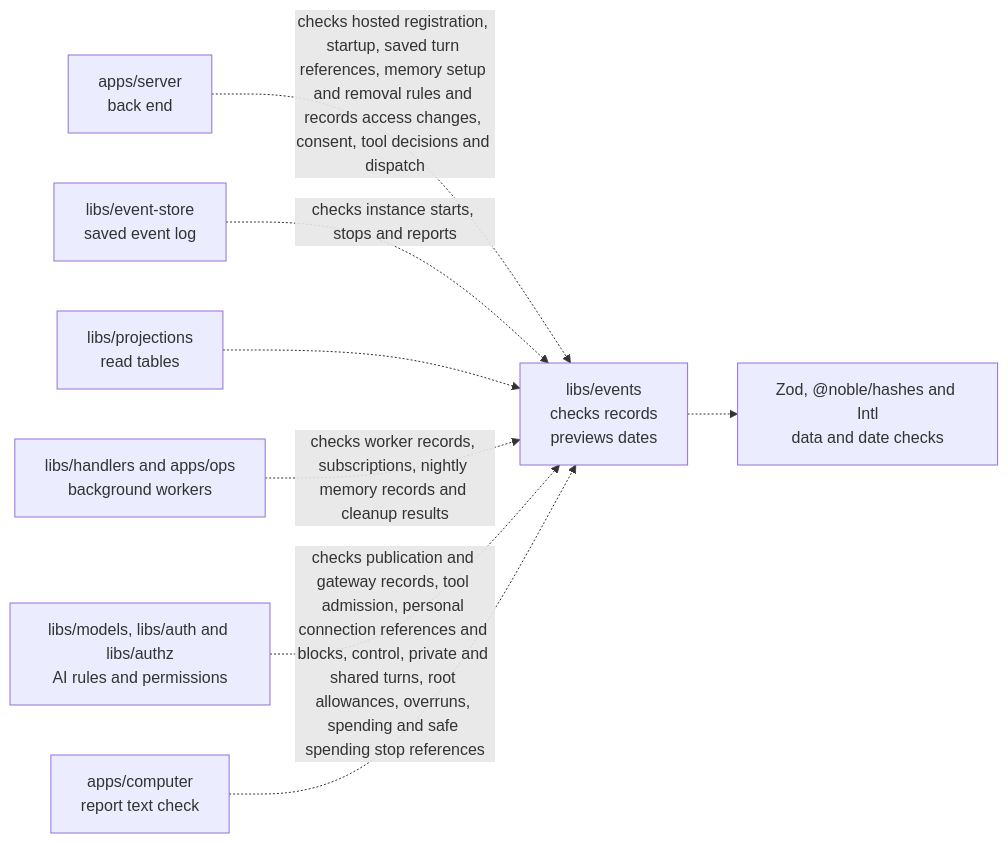
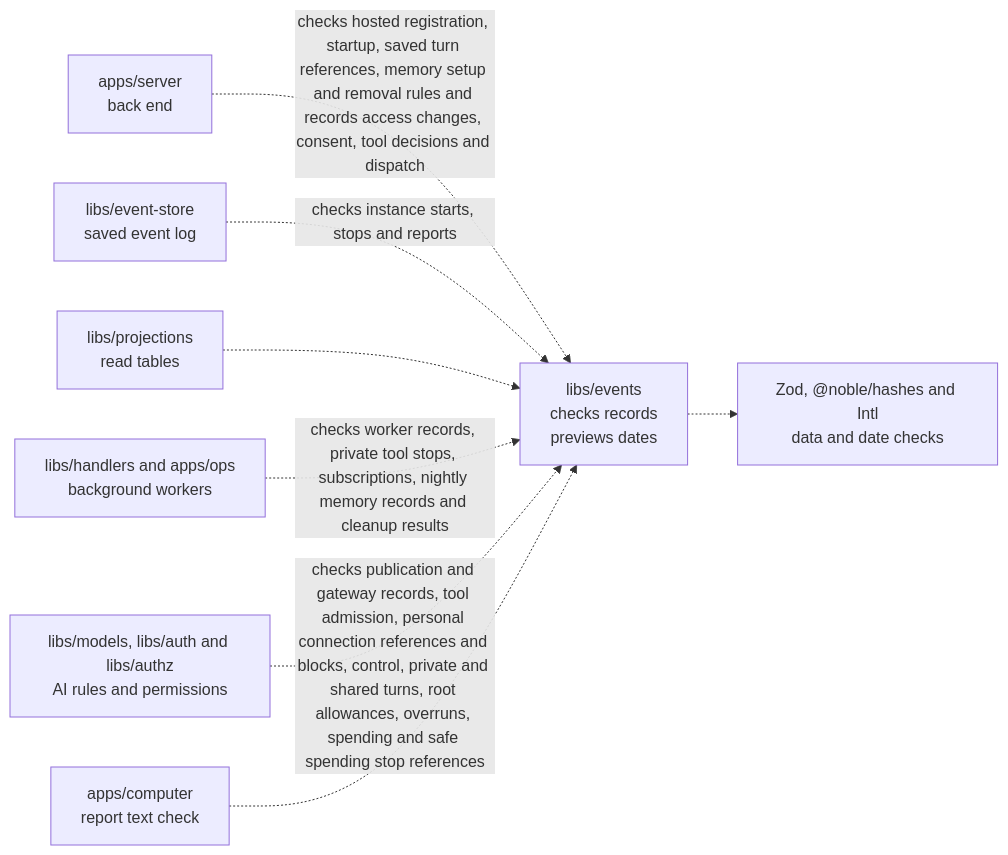
The diagram in libs/events/README.md (elewa-git/opencrane-new), drawn with Mermaid before and after one commit. The commit also changed other lines of this file and 13 other files, not shown here.

````diff
--- a/libs/events/README.md
+++ b/libs/events/README.md
@@ -27,10 +27,10 @@
 ```mermaid
 flowchart LR
   server["apps/server<br/>back end"] -.->|checks hosted registration, startup, saved turn references, memory setup and removal rules and records access changes, consent, tool decisions and dispatch| events["libs/events<br/>checks records<br/>previews dates"]
   store["libs/event-store<br/>saved event log"] -.->|checks instance starts, stops and reports| events
   projections["libs/projections<br/>read tables"] -.-> events
-  workers["libs/handlers and apps/ops<br/>background workers"] -.->|checks worker records, subscriptions, nightly memory records and cleanup results| events
+  workers["libs/handlers and apps/ops<br/>background workers"] -.->|checks worker records, private tool stops, subscriptions, nightly memory records and cleanup results| events
   others["libs/models, libs/auth and libs/authz<br/>AI rules and permissions"] -.->|checks publication and gateway records, tool admission, personal connection references and blocks, control, private and shared turns, root allowances, overruns, spending and safe spending stop references| events
   computer["apps/computer<br/>report text check"] -.-> events
   events -.-> checks["Zod, @noble/hashes and Intl<br/>data and date checks"]
 ```
````
